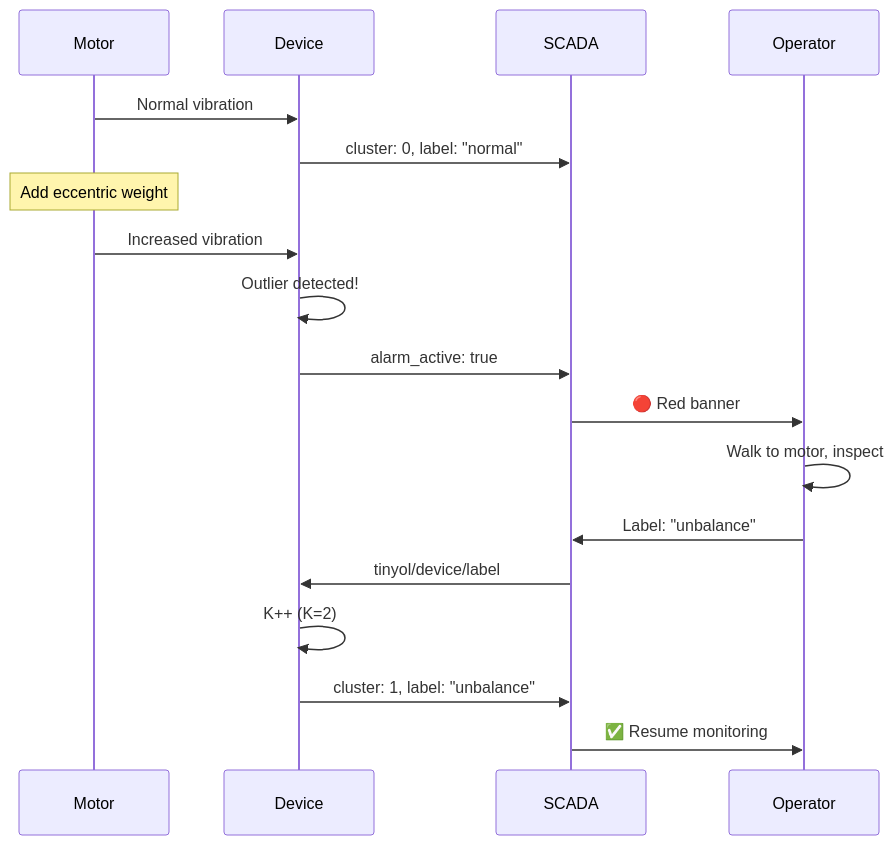
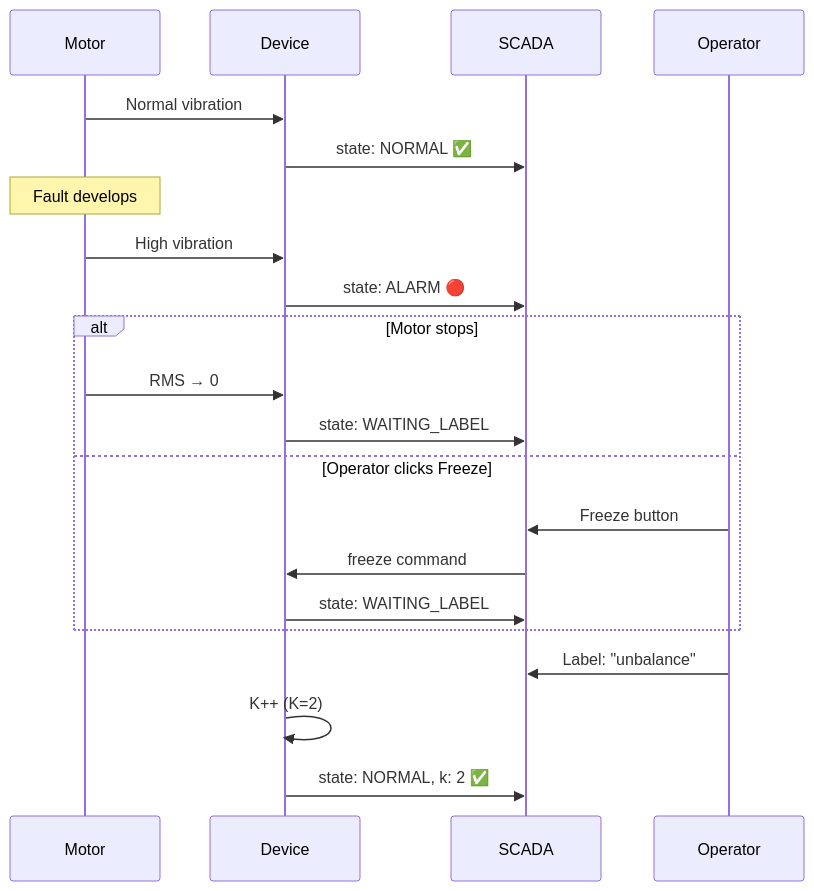
The seventh of 7 diagrams in slidev/slides.md (leekaize/tinyol-hitl), drawn with Mermaid before and after one commit. The commit also changed other lines of this file and 8 other files, not shown here.

````diff
--- a/slidev/slides.md
+++ b/slidev/slides.md
@@ -461,25 +398,27 @@
 ```mermaid
 sequenceDiagram
     participant M as Motor
     participant D as Device
     participant S as SCADA
     participant O as Operator
 
     M->>D: Normal vibration
-    D->>S: cluster: 0, label: "normal"
+    D->>S: state: NORMAL ✅
 
-    Note over M: Add eccentric weight
+    Note over M: Fault develops
+    M->>D: High vibration
+    D->>S: state: ALARM 🔴
 
-    M->>D: Increased vibration
-    D->>D: Outlier detected!
-    D->>S: alarm_active: true
-    S->>O: 🔴 Red banner
+    alt Motor stops
+        M->>D: RMS → 0
+        D->>S: state: WAITING_LABEL
+    else Operator clicks Freeze
+        O->>S: Freeze button
+        S->>D: freeze command
+        D->>S: state: WAITING_LABEL
+    end
 
-    O->>O: Walk to motor, inspect
     O->>S: Label: "unbalance"
-    S->>D: tinyol/device/label
-
     D->>D: K++ (K=2)
-    D->>S: cluster: 1, label: "unbalance"
-    S->>O: ✅ Resume monitoring
+    D->>S: state: NORMAL, k: 2 ✅
 ```
````
